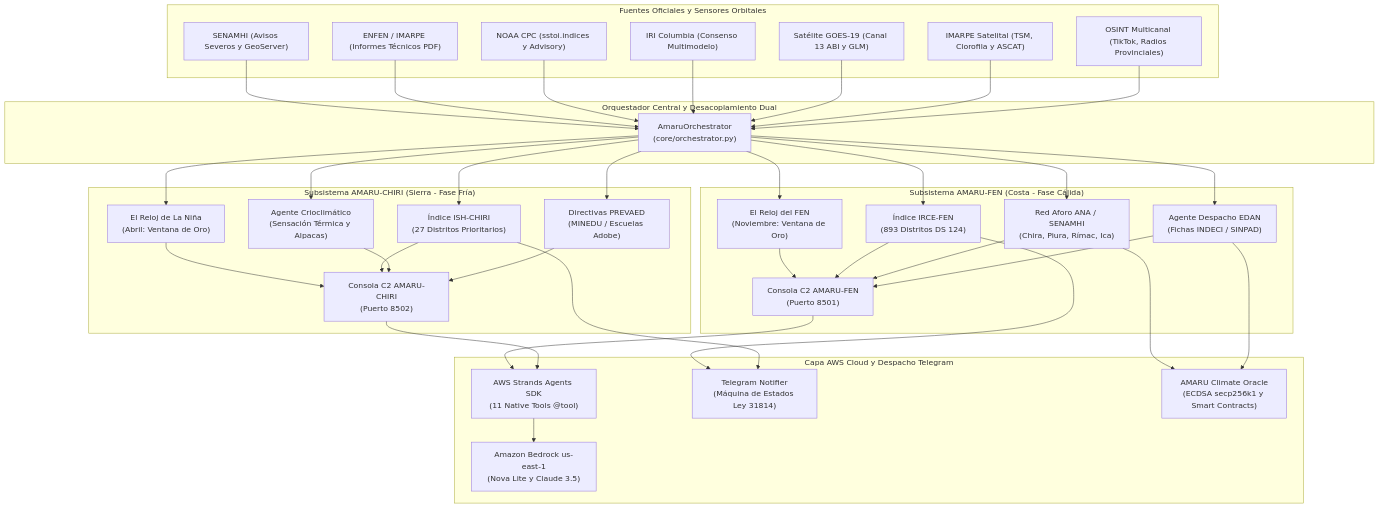
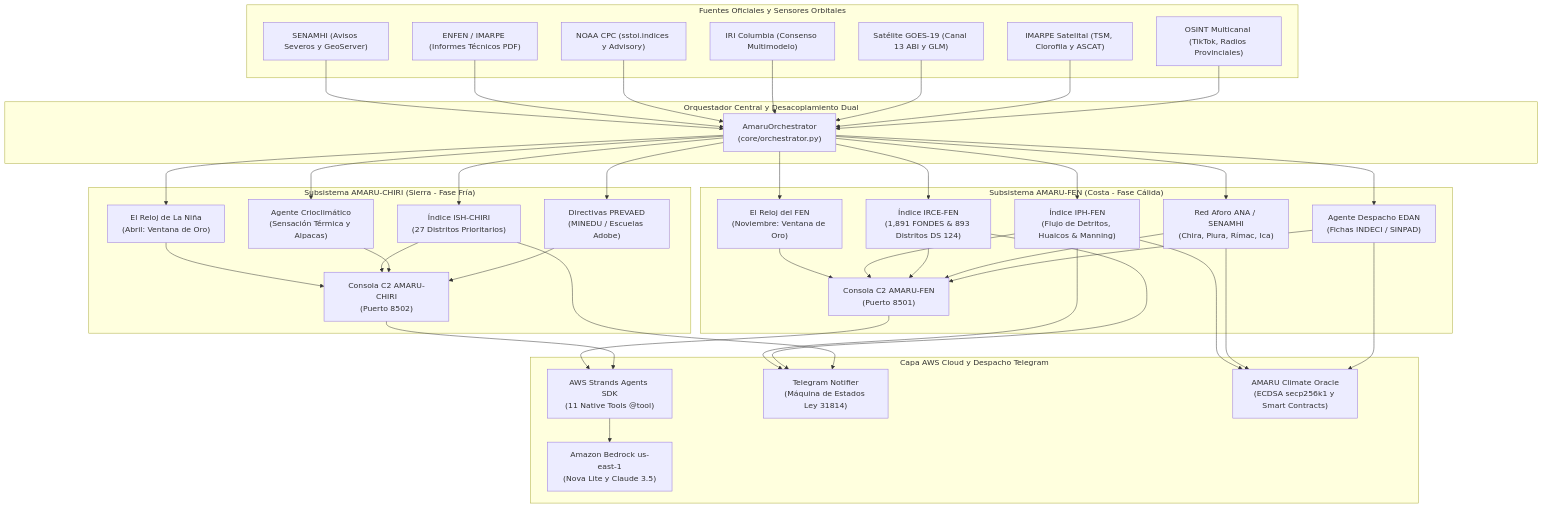
Before and after one commit to carlosmba12Peru/amaru-climate: the diagram in README_ES.md, drawn with Mermaid. The commit also changed 1 other file, not shown here.

Commit message:
docs(architecture): add IPH-FEN (debris flows & Manning) to dual C2 architecture mermaid diagram

````diff
--- a/README_ES.md
+++ b/README_ES.md
@@ -71,77 +71,82 @@
 ```mermaid
 graph TD
     subgraph FUENTES ["Fuentes Oficiales y Sensores Orbitales"]
         F1["SENAMHI (Avisos Severos y GeoServer)"]
         F2["ENFEN / IMARPE (Informes Técnicos PDF)"]
         F3["NOAA CPC (sstoi.indices y Advisory)"]
         F4["IRI Columbia (Consenso Multimodelo)"]
         F5["Satélite GOES-19 (Canal 13 ABI y GLM)"]
         F6["IMARPE Satelital (TSM, Clorofila y ASCAT)"]
         F7["OSINT Multicanal (TikTok, Radios Provinciales)"]
     end
 
     subgraph ORQUESTACION ["Orquestador Central y Desacoplamiento Dual"]
         ORQ["AmaruOrchestrator<br/>(core/orchestrator.py)"]
     end
 
     subgraph FEN_SUB ["Subsistema AMARU-FEN (Costa - Fase Cálida)"]
         RELOJ_FEN["El Reloj del FEN<br/>(Noviembre: Ventana de Oro)"]
-        IRCE["Índice IRCE-FEN<br/>(893 Distritos DS 124)"]
+        IPH["Índice IPH-FEN<br/>(Flujo de Detritos, Huaicos & Manning)"]
+        IRCE["Índice IRCE-FEN<br/>(1,891 FONDES & 893 Distritos DS 124)"]
         AFA["Red Aforo ANA / SENAMHI<br/>(Chira, Piura, Rímac, Ica)"]
         EDAN["Agente Despacho EDAN<br/>(Fichas INDECI / SINPAD)"]
         C2_FEN["Consola C2 AMARU-FEN<br/>(Puerto 8501)"]
     end
 
     subgraph CHIRI_SUB ["Subsistema AMARU-CHIRI (Sierra - Fase Fría)"]
         RELOJ_NINA["El Reloj de La Niña<br/>(Abril: Ventana de Oro)"]
         ISH["Índice ISH-CHIRI<br/>(27 Distritos Prioritarios)"]
         CRIO["Agente Crioclimático<br/>(Sensación Térmica y Alpacas)"]
         PREVAED["Directivas PREVAED<br/>(MINEDU / Escuelas Adobe)"]
         C2_CHIRI["Consola C2 AMARU-CHIRI<br/>(Puerto 8502)"]
     end
 
     subgraph AWS_SUB ["Capa AWS Cloud y Despacho Telegram"]
         BEDROCK["Amazon Bedrock us-east-1<br/>(Nova Lite y Claude 3.5)"]
         STRANDS["AWS Strands Agents SDK<br/>(11 Native Tools @tool)"]
         TG["Telegram Notifier<br/>(Máquina de Estados Ley 31814)"]
         WEB3["AMARU Climate Oracle<br/>(ECDSA secp256k1 y Smart Contracts)"]
     end
 
     F1 --> ORQ
     F2 --> ORQ
     F3 --> ORQ
     F4 --> ORQ
     F5 --> ORQ
     F6 --> ORQ
     F7 --> ORQ
 
     ORQ --> RELOJ_FEN
+    ORQ --> IPH
     ORQ --> IRCE
     ORQ --> AFA
     ORQ --> EDAN
 
     RELOJ_FEN --> C2_FEN
+    IPH --> C2_FEN
     IRCE --> C2_FEN
     AFA --> C2_FEN
     EDAN --> C2_FEN
 
     ORQ --> RELOJ_NINA
     ORQ --> ISH
     ORQ --> CRIO
     ORQ --> PREVAED
 
     RELOJ_NINA --> C2_CHIRI
     ISH --> C2_CHIRI
     CRIO --> C2_CHIRI
     PREVAED --> C2_CHIRI
 
     C2_FEN --> STRANDS
     C2_CHIRI --> STRANDS
     STRANDS --> BEDROCK
 
+    IPH --> TG
     IRCE --> TG
     ISH --> TG
 
+    IPH --> WEB3
     AFA --> WEB3
     EDAN --> WEB3
 ```
````
